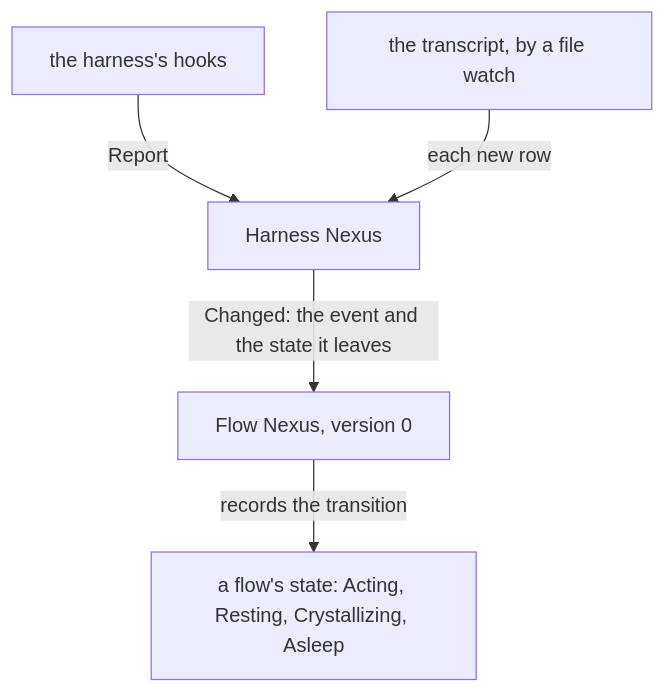
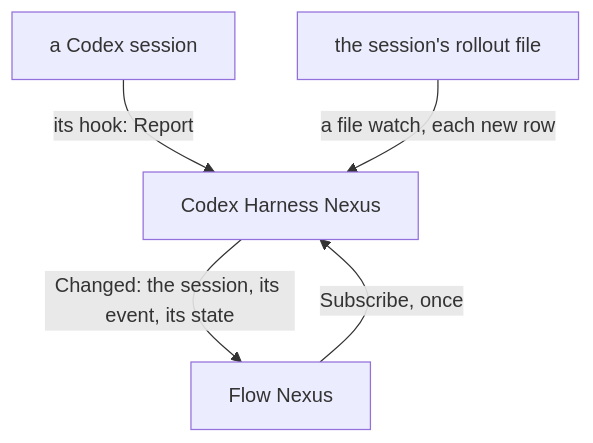
The first of 6 diagrams in notion/harness-nexus/0.md (LiGoldragon/mind-belief), drawn with Mermaid before and after one commit. The commit also changed other lines of this file and 2 other files, not shown here.

First line of the commit message:
notion:harness-nexus:0, notion:codex-harness-nexus:0 from the CodexHarness.5 proposal; notion:flow-watch:0 (the living, 17 Nov)

````diff
--- a/notion/harness-nexus/0.md
+++ b/notion/harness-nexus/0.md
@@ -14,7 +10,7 @@
 ```mermaid
 flowchart TB
-    k["the harness's hooks"] -- "Report" --> h["Harness Nexus"]
-    t["the transcript, by a file watch"] -- "each new row" --> h
-    h -- "Changed: the event and the state it leaves" --> f["Flow Nexus, version 0"]
-    f -- "records the transition" --> m["a flow's state: Acting, Resting, Crystallizing, Asleep"]
+    x["a Codex session"] -- "its hook: Report" --> h["Codex Harness Nexus"]
+    r["the session's rollout file"] -- "a file watch, each new row" --> h
+    h -- "Changed: the session, its event, its state" --> f["Flow Nexus"]
+    f -- "Subscribe, once" --> h
 ```
````
